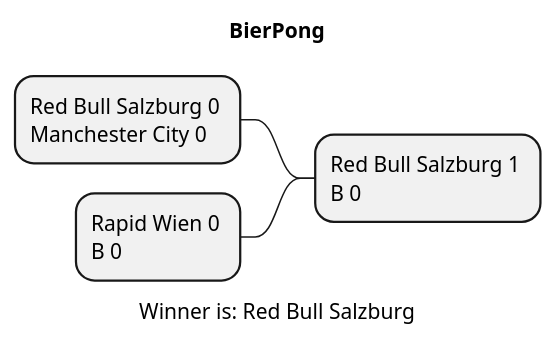
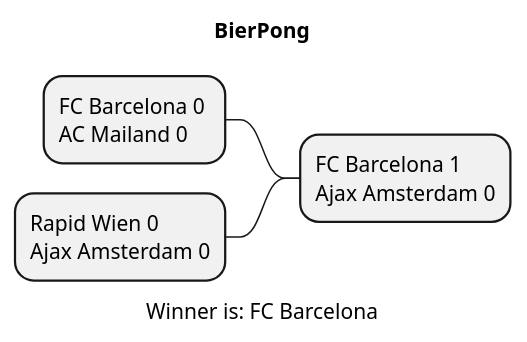
The diagram in asciidocs/plantuml/Result.puml (htl-leonding-project/2022-4ahif-autohaus), drawn with PlantUML before and after one commit. The commit also changed 5 other files, not shown here.

```diff
--- a/asciidocs/plantuml/Result.puml
+++ b/asciidocs/plantuml/Result.puml
@@ -1,10 +1,10 @@
 @startmindmap BierPong.png
 title BierPong
 
-- Red Bull Salzburg 1 \nB 0
+- FC Barcelona 1 \nAjax Amsterdam 0
 
--- Red Bull Salzburg 0 \nManchester City 0
+-- FC Barcelona 0 \nAC Mailand 0
 
--- Rapid Wien 0 \nB 0
-caption Winner is: Red Bull Salzburg
+-- Rapid Wien 0 \nAjax Amsterdam 0
+caption Winner is: FC Barcelona
 @endmindmap
```
